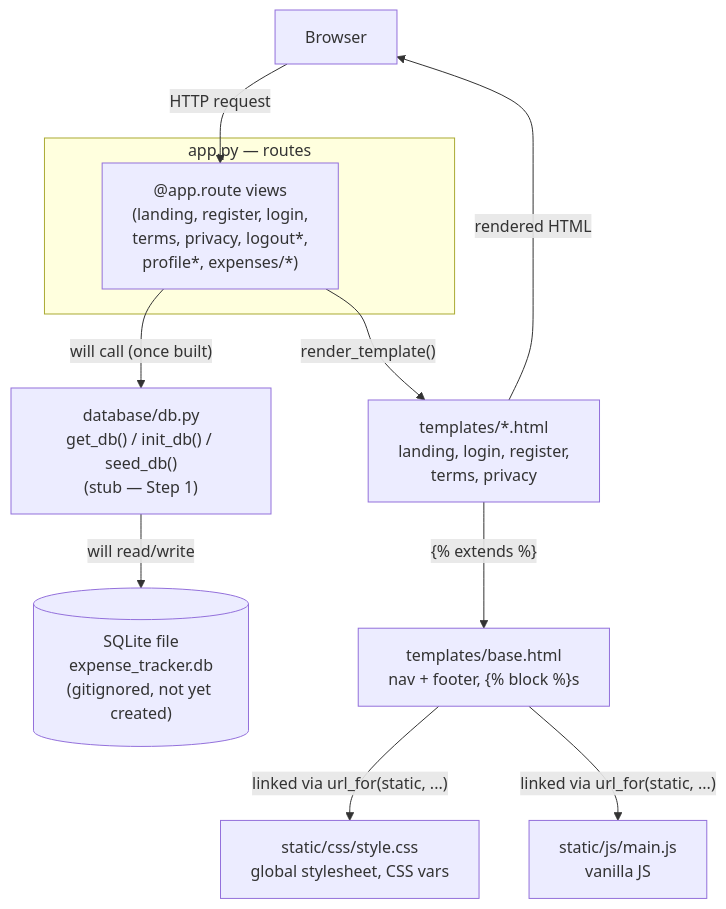
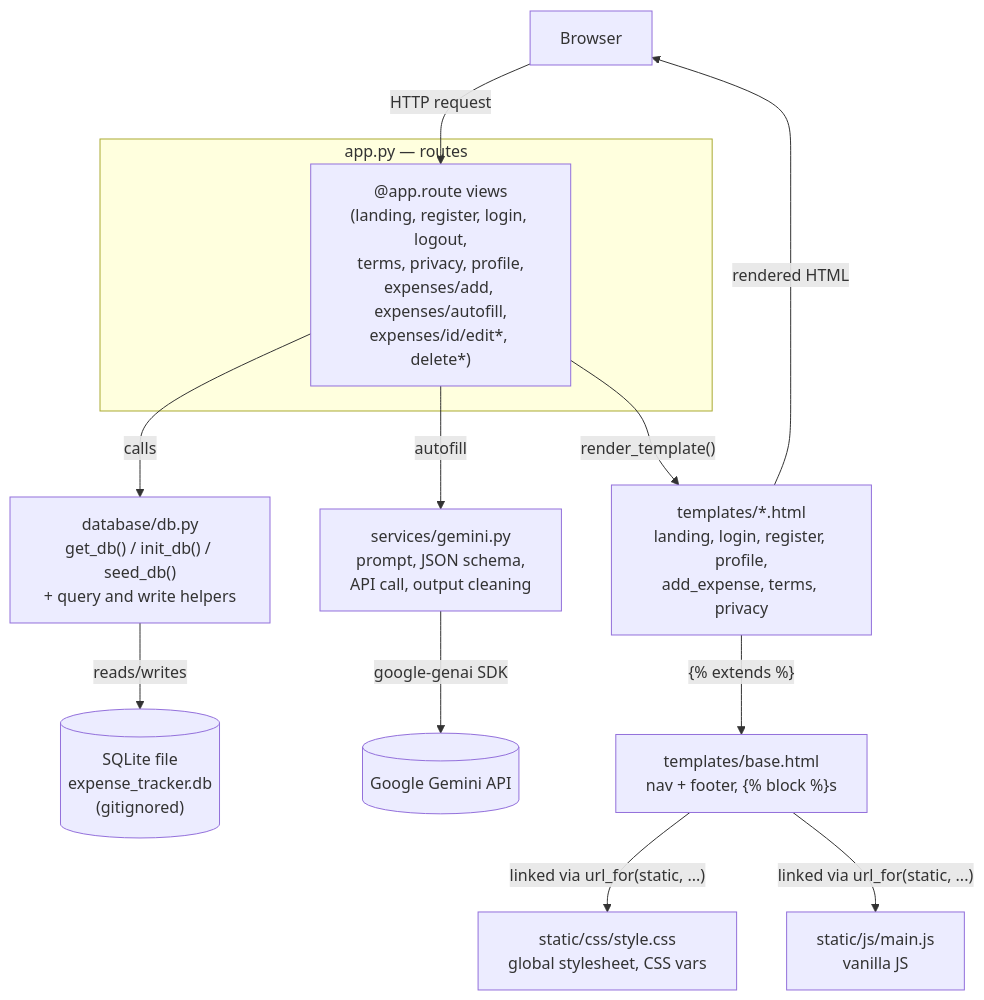
The diagram in CLAUDE.md (gman215/spendly), drawn with Mermaid before and after one commit. The commit also changed other lines of this file and 15 other files, not shown here.

First line of the commit message:
expenses: add Gemini receipt scanning and quick-add autofill

````diff
--- a/CLAUDE.md
+++ b/CLAUDE.md
@@ -38,26 +41,31 @@
 ```mermaid
 flowchart TD
     Browser["Browser"]
 
     subgraph Flask["app.py — routes"]
-        Routes["@app.route views\n(landing, register, login,\nterms, privacy, logout*,\nprofile*, expenses/*)"]
+        Routes["@app.route views\n(landing, register, login, logout,\nterms, privacy, profile,\nexpenses/add, expenses/autofill,\nexpenses/id/edit*, delete*)"]
     end
 
-    DB["database/db.py\nget_db() / init_db() / seed_db()\n(stub — Step 1)"]
-    SQLite[("SQLite file\nexpense_tracker.db\n(gitignored, not yet created)")]
+    DB["database/db.py\nget_db() / init_db() / seed_db()\n+ query and write helpers"]
+    SQLite[("SQLite file\nexpense_tracker.db\n(gitignored)")]
+
+    Svc["services/gemini.py\nprompt, JSON schema,\nAPI call, output cleaning"]
+    Gemini[("Google Gemini API")]
 
     Base["templates/base.html\nnav + footer, {% block %}s"]
-    Pages["templates/*.html\nlanding, login, register,\nterms, privacy"]
+    Pages["templates/*.html\nlanding, login, register, profile,\nadd_expense, terms, privacy"]
 
     CSS["static/css/style.css\nglobal stylesheet, CSS vars"]
     JS["static/js/main.js\nvanilla JS"]
 
     Browser -- "HTTP request" --> Routes
-    Routes -- "will call (once built)" --> DB
-    DB -- "will read/write" --> SQLite
+    Routes -- "calls" --> DB
+    DB -- "reads/writes" --> SQLite
+    Routes -- "autofill" --> Svc
+    Svc -- "google-genai SDK" --> Gemini
     Routes -- "render_template()" --> Pages
     Pages -- "{% extends %}" --> Base
     Base -- "linked via url_for(static, ...)" --> CSS
     Base -- "linked via url_for(static, ...)" --> JS
     Pages -- "rendered HTML" --> Browser
 ```
````
